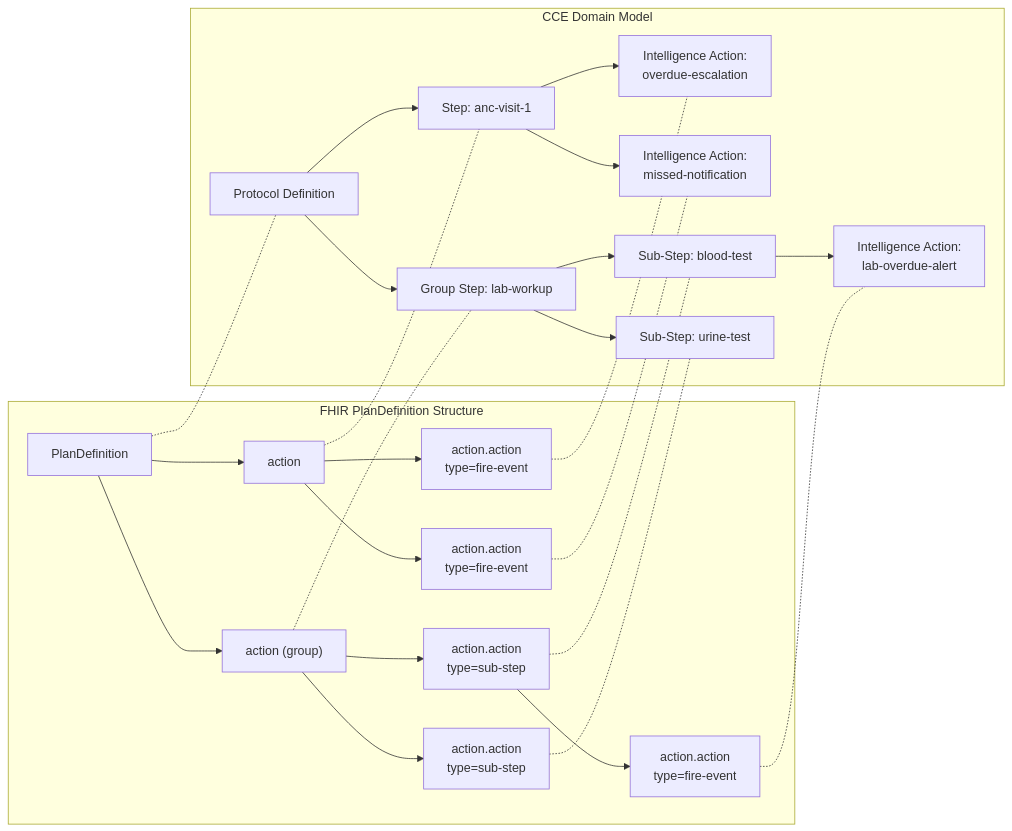
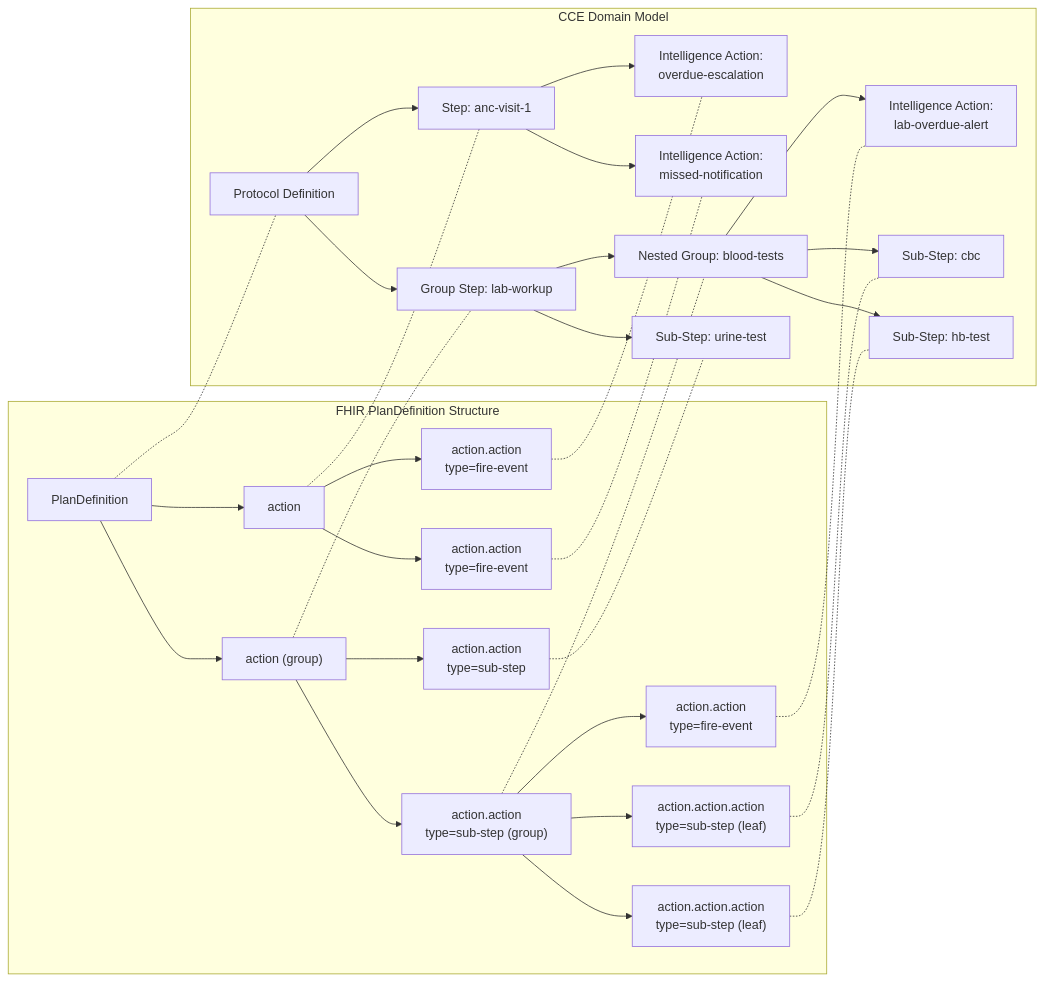
One commit to Jayaprakash8887/cce-compliance-service changed the eighth of 9 diagrams in docs/architecture-overview.md. Above: the diagram before and after it, drawn with Mermaid. The commit also changed other lines of this file and 12 other files, not shown here.

First line of the commit message:
Add tests for sub-step plan definitions and update related action metadata

````diff
--- a/docs/architecture-overview.md
+++ b/docs/architecture-overview.md
@@ -523,49 +524,59 @@
 ```mermaid
 flowchart LR
     subgraph "FHIR PlanDefinition Structure"
         PD["PlanDefinition"]
         A1["action"]
         A2["action (group)"]
         IA1["action.action<br/>type=fire-event"]
         IA2["action.action<br/>type=fire-event"]  
-        SS1["action.action<br/>type=sub-step"]
+        SS1["action.action<br/>type=sub-step (group)"]
         SS2["action.action<br/>type=sub-step"]
         IA3["action.action<br/>type=fire-event"]
+        SS1A["action.action.action<br/>type=sub-step (leaf)"]
+        SS1B["action.action.action<br/>type=sub-step (leaf)"]
 
         PD --> A1
         PD --> A2
         A1 --> IA1
         A1 --> IA2
         A2 --> SS1
         A2 --> SS2
         SS1 --> IA3
+        SS1 --> SS1A
+        SS1 --> SS1B
     end
 
     subgraph "CCE Domain Model"
         PROTO["Protocol Definition"]
         S1["Step: anc-visit-1"]
         S2["Group Step: lab-workup"]
         R1["Intelligence Action:<br/>overdue-escalation"]
         R2["Intelligence Action:<br/>missed-notification"]
-        SUB1["Sub-Step: blood-test"]
+        SUB1["Nested Group: blood-tests"]
         SUB2["Sub-Step: urine-test"]
         R3["Intelligence Action:<br/>lab-overdue-alert"]
+        LEAF1["Sub-Step: cbc"]
+        LEAF2["Sub-Step: hb-test"]
 
         PROTO --> S1
         PROTO --> S2
         S1 --> R1
         S1 --> R2
         S2 --> SUB1
         S2 --> SUB2
         SUB1 --> R3
+        SUB1 --> LEAF1
+        SUB1 --> LEAF2
     end
 
     PD -.- PROTO
     A1 -.- S1
     A2 -.- S2
     IA1 -.- R1
     IA2 -.- R2
     SS1 -.- SUB1
     SS2 -.- SUB2
     IA3 -.- R3
+    SS1A -.- LEAF1
+    SS1B -.- LEAF2
 ```
````
